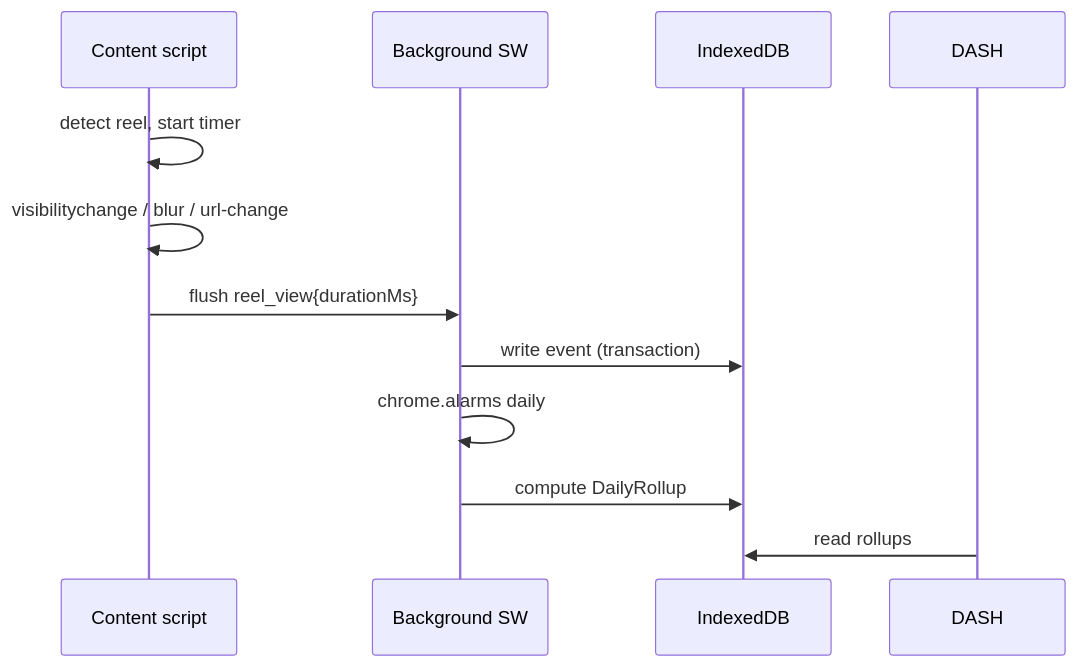
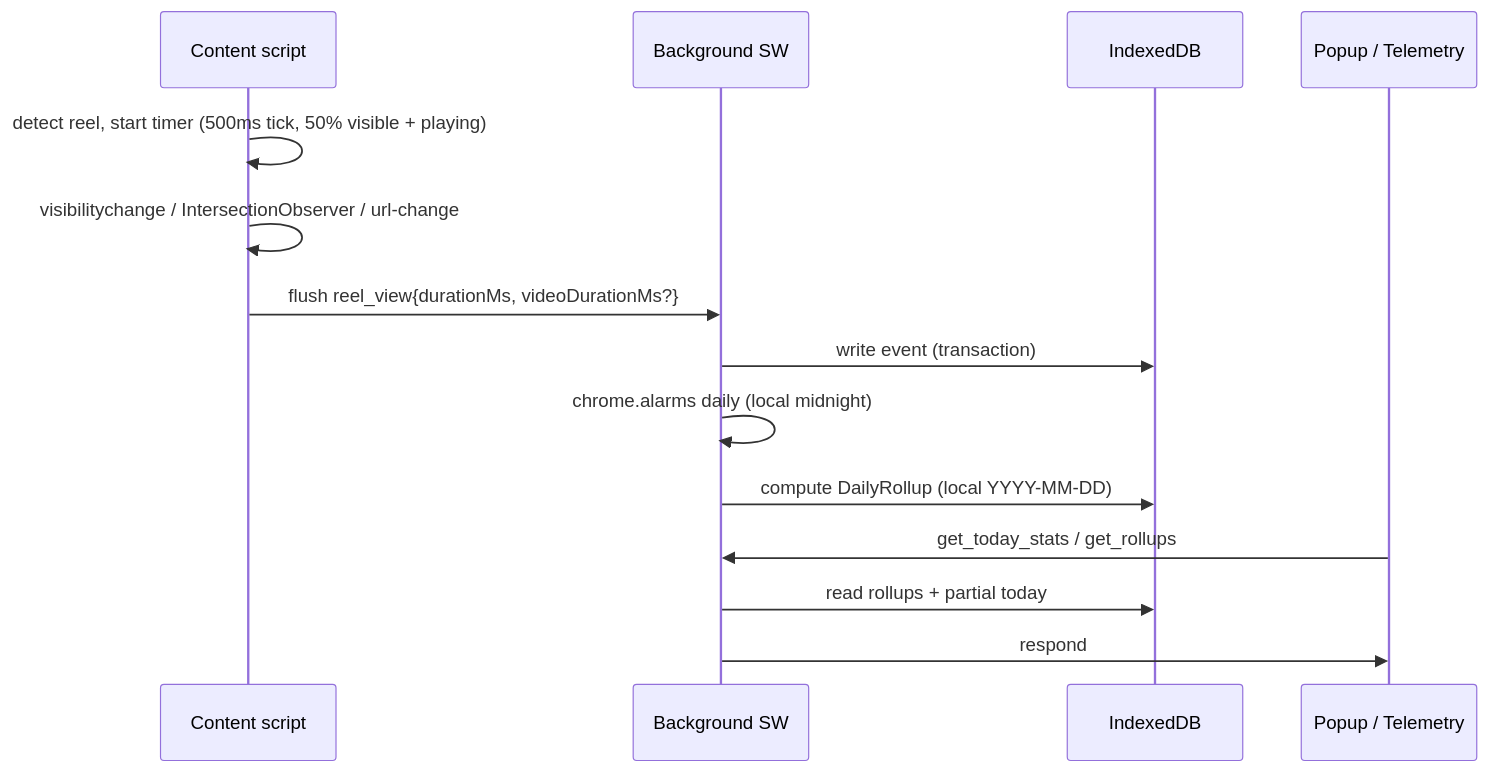
One commit to OussemaJaouadi/DoomGauge changed the second of 3 diagrams in docs/ARCHITECTURE.md. Above: the diagram before and after it, drawn with Mermaid. The commit also changed other lines of this file and 7 other files, not shown here.

Commit message:
📝 docs: make v1 spec consistent — local daily counts and clearer skip tracking

````diff
--- a/docs/ARCHITECTURE.md
+++ b/docs/ARCHITECTURE.md
@@ -21,13 +22,16 @@
 ```mermaid
 sequenceDiagram
   participant CS as Content script
   participant BG as Background SW
   participant DB as IndexedDB
-  CS->>CS: detect reel, start timer
-  CS->>CS: visibilitychange / blur / url-change
-  CS->>BG: flush reel_view{durationMs}
+  participant UI as Popup / Telemetry
+  CS->>CS: detect reel, start timer (500ms tick, 50% visible + playing)
+  CS->>CS: visibilitychange / IntersectionObserver / url-change
+  CS->>BG: flush reel_view{durationMs, videoDurationMs?}
   BG->>DB: write event (transaction)
-  BG->>BG: chrome.alarms daily
-  BG->>DB: compute DailyRollup
-  DASH->>DB: read rollups
+  BG->>BG: chrome.alarms daily (local midnight)
+  BG->>DB: compute DailyRollup (local YYYY-MM-DD)
+  UI->>BG: get_today_stats / get_rollups
+  BG->>DB: read rollups + partial today
+  BG->>UI: respond
 ```
````
